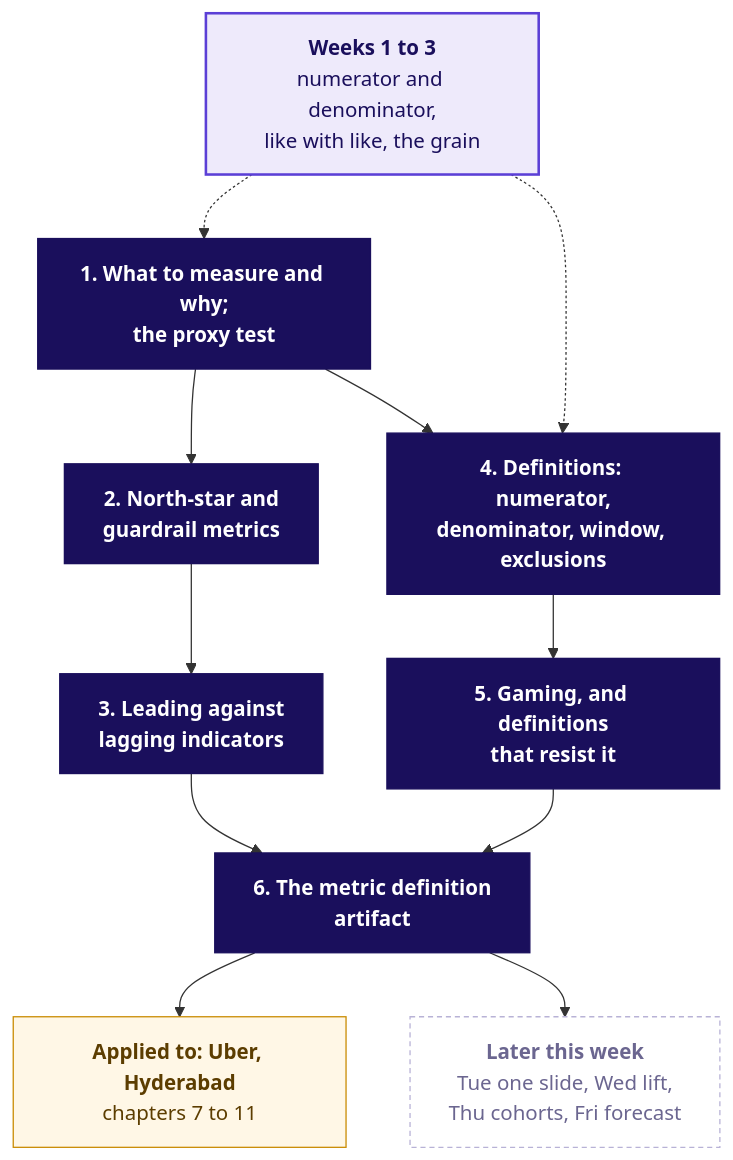
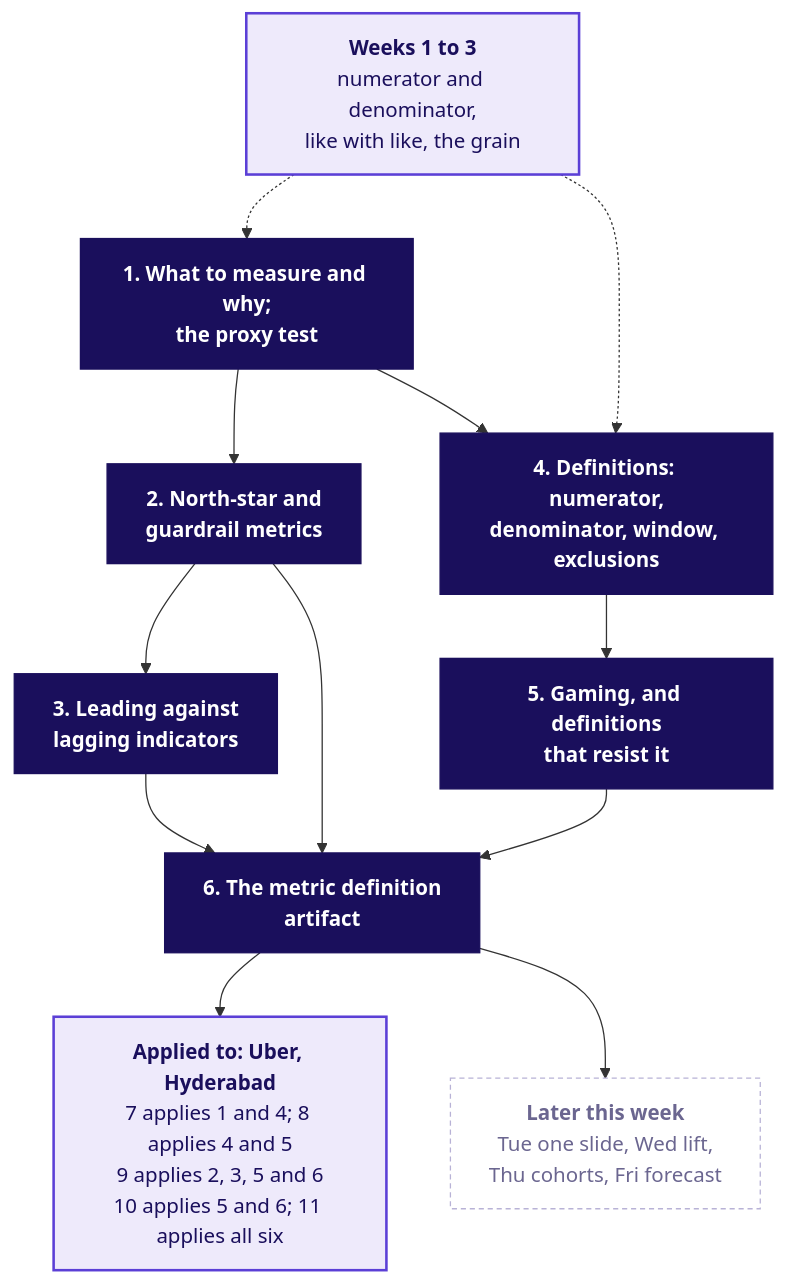
Before and after one commit to fde-academy-lab/c2-content-factory: the first of 2 diagrams in content/W04/D1/trainer/C2_W04_D01_day_sheet_TRAINER.md, drawn with Mermaid. The commit also changed other lines of this file and 5 other files, not shown here.

````diff
--- a/content/W04/D1/trainer/C2_W04_D01_day_sheet_TRAINER.md
+++ b/content/W04/D1/trainer/C2_W04_D01_day_sheet_TRAINER.md
@@ -82,30 +85,29 @@
 ```mermaid
 flowchart TD
     E["<b>Weeks 1 to 3</b><br/>numerator and denominator,<br/>like with like, the grain"]
     C1["<b>1. What to measure and why;<br/>the proxy test</b>"]
     C2["<b>2. North-star and<br/>guardrail metrics</b>"]
     C3["<b>3. Leading against<br/>lagging indicators</b>"]
     C4["<b>4. Definitions: numerator,<br/>denominator, window, exclusions</b>"]
     C5["<b>5. Gaming, and definitions<br/>that resist it</b>"]
     C6["<b>6. The metric definition<br/>artifact</b>"]
-    U["<b>Applied to: Uber, Hyderabad</b><br/>chapters 7 to 11"]
+    U["<b>Applied to: Uber, Hyderabad</b><br/>7 applies 1 and 4; 8 applies 4 and 5<br/>9 applies 2, 3, 5 and 6<br/>10 applies 5 and 6; 11 applies all six"]
     L["<b>Later this week</b><br/>Tue one slide, Wed lift,<br/>Thu cohorts, Fri forecast"]
     E -.-> C1
     E -.-> C4
     C1 --> C2
     C2 --> C3
     C1 --> C4
     C4 --> C5
+    C2 --> C6
     C3 --> C6
     C5 --> C6
     C6 --> U
     C6 --> L
     classDef lit fill:#1A0F5C,stroke:#1A0F5C,color:#FFFFFF
     classDef known fill:#EEEAFB,stroke:#5B3FD6,color:#1A0F5C,stroke-width:2px
     classDef unknown fill:#FFFFFF,stroke:#B8B2D6,color:#6B6690,stroke-dasharray:4 3
-    classDef kalpa fill:#FFF7E6,stroke:#C98A00,color:#5C3D00
     class C1,C2,C3,C4,C5,C6 lit
-    class E known
+    class E,U known
     class L unknown
-    class U kalpa
 ```
````
